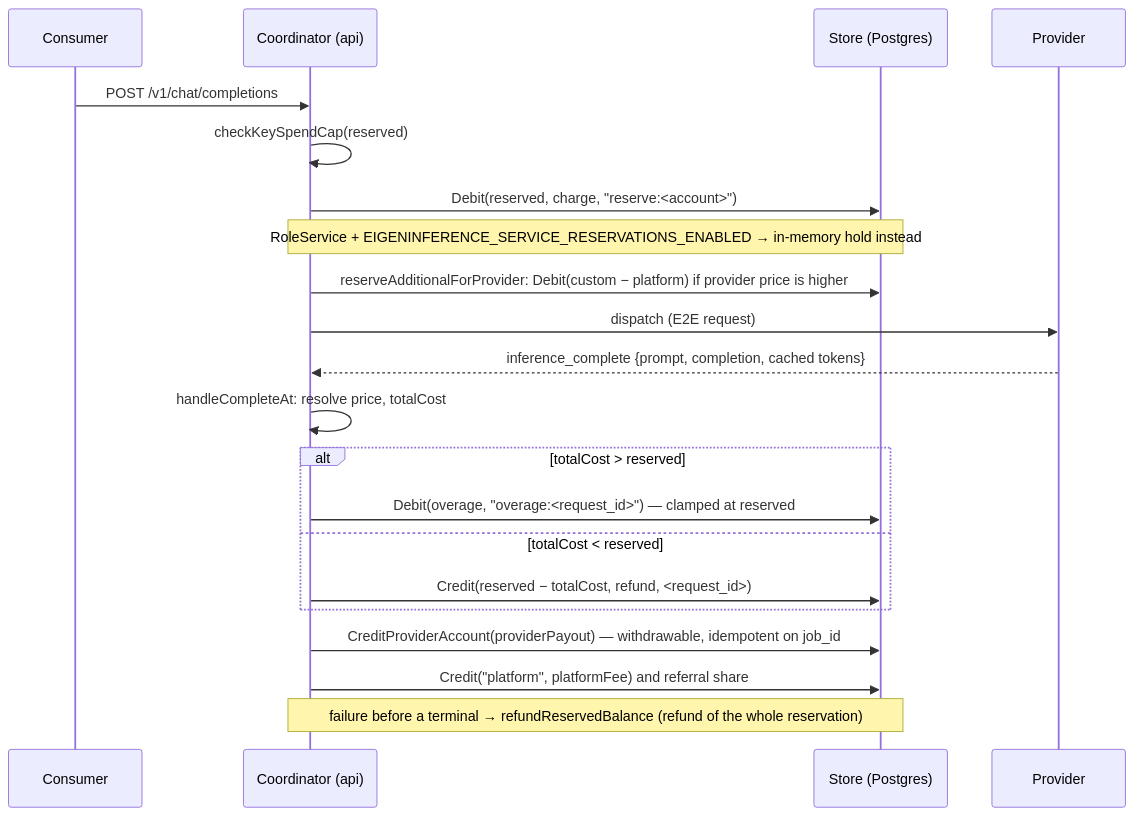
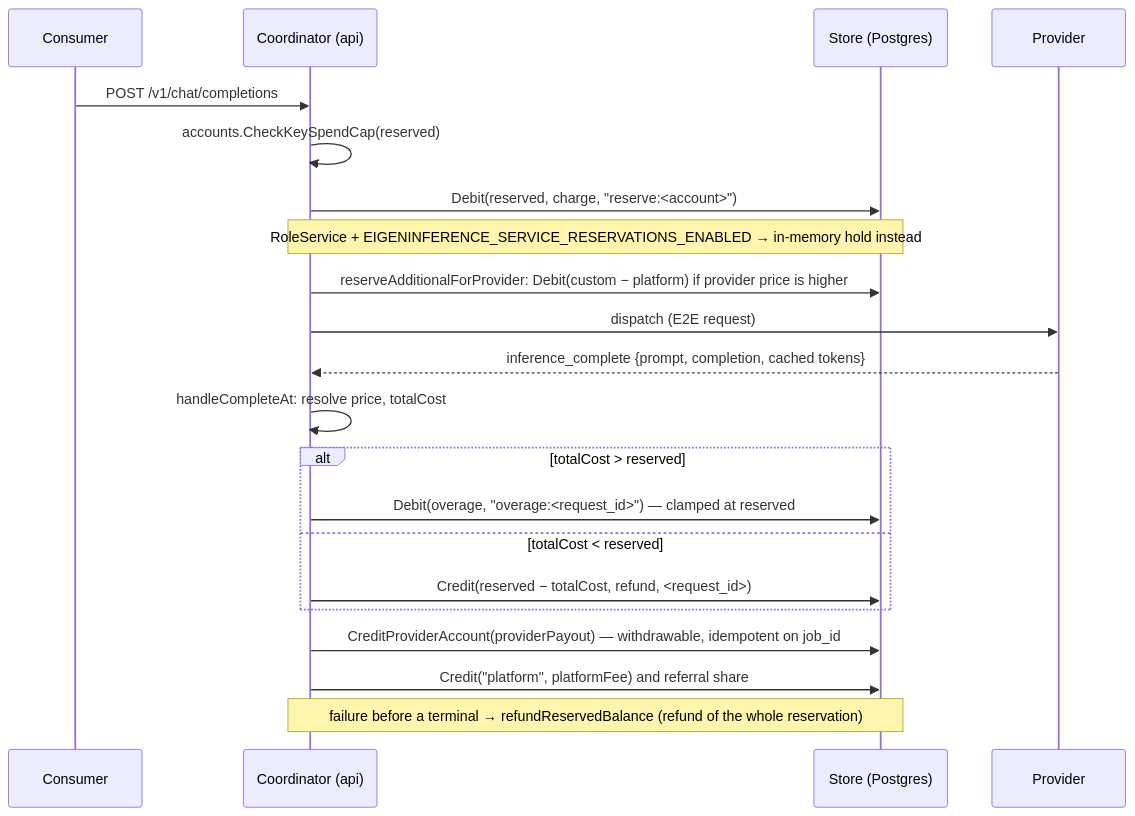
Before and after one commit to Layr-Labs/d-inference: the diagram in docs/architecture/billing.md, drawn with Mermaid. The commit also changed other lines of this file and 18 other files, not shown here.

````diff
--- a/docs/architecture/billing.md
+++ b/docs/architecture/billing.md
@@ -53,23 +53,23 @@
 ```mermaid
 sequenceDiagram
   participant C as Consumer
   participant A as Coordinator (api)
   participant S as Store (Postgres)
   participant P as Provider
   C->>A: POST /v1/chat/completions
-  A->>A: checkKeySpendCap(reserved)
+  A->>A: accounts.CheckKeySpendCap(reserved)
   A->>S: Debit(reserved, charge, "reserve:<account>")
   Note over A,S: RoleService + EIGENINFERENCE_SERVICE_RESERVATIONS_ENABLED → in-memory hold instead
   A->>S: reserveAdditionalForProvider: Debit(custom − platform) if provider price is higher
   A->>P: dispatch (E2E request)
   P-->>A: inference_complete {prompt, completion, cached tokens}
   A->>A: handleCompleteAt: resolve price, totalCost
   alt totalCost > reserved
     A->>S: Debit(overage, "overage:<request_id>") — clamped at reserved
   else totalCost < reserved
     A->>S: Credit(reserved − totalCost, refund, <request_id>)
   end
   A->>S: CreditProviderAccount(providerPayout) — withdrawable, idempotent on job_id
   A->>S: Credit("platform", platformFee) and referral share
   Note over A,S: failure before a terminal → refundReservedBalance (refund of the whole reservation)
 ```
````
